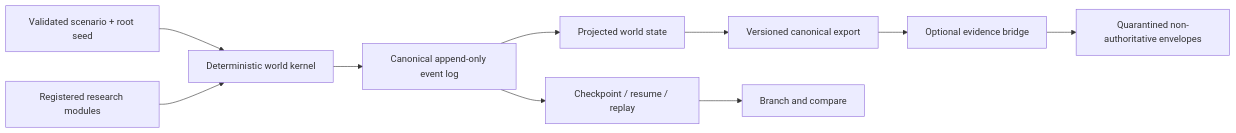
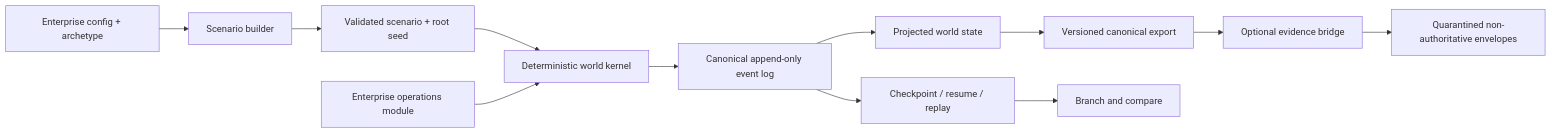
Before and after one commit to thedanieltan/aether-simulator: the diagram in README.md, drawn with Mermaid. The commit also changed other lines of this file and 55 other files, not shown here.

````diff
--- a/README.md
+++ b/README.md
@@ -66,12 +73,14 @@
 ```mermaid
 flowchart LR
-  Scenario["Validated scenario + root seed"] --> Kernel["Deterministic world kernel"]
-  Module["Registered research modules"] --> Kernel
+  Config["Enterprise config + archetype"] --> Builder["Scenario builder"]
+  Builder --> Scenario["Validated scenario + root seed"]
+  Scenario --> Kernel["Deterministic world kernel"]
+  Module["Enterprise operations module"] --> Kernel
   Kernel --> Events["Canonical append-only event log"]
   Events --> Projection["Projected world state"]
   Projection --> Export["Versioned canonical export"]
   Events --> Checkpoint["Checkpoint / resume / replay"]
   Checkpoint --> Branch["Branch and compare"]
   Export --> Bridge["Optional evidence bridge"]
   Bridge --> Evidence["Quarantined non-authoritative envelopes"]
 ```
````
